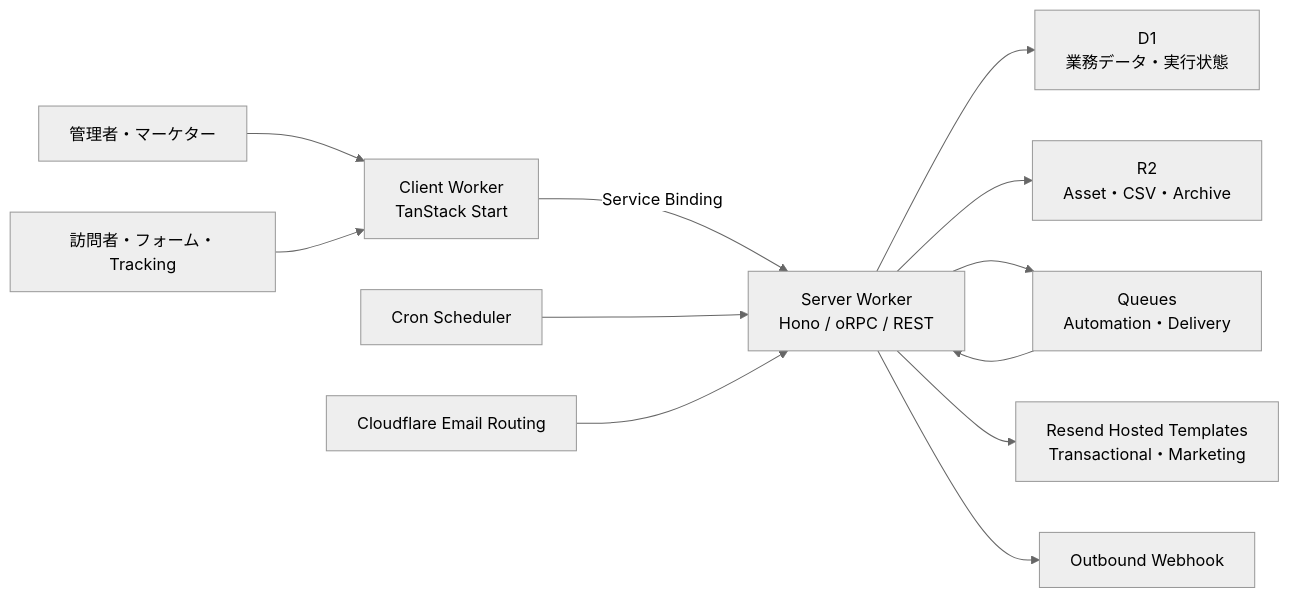
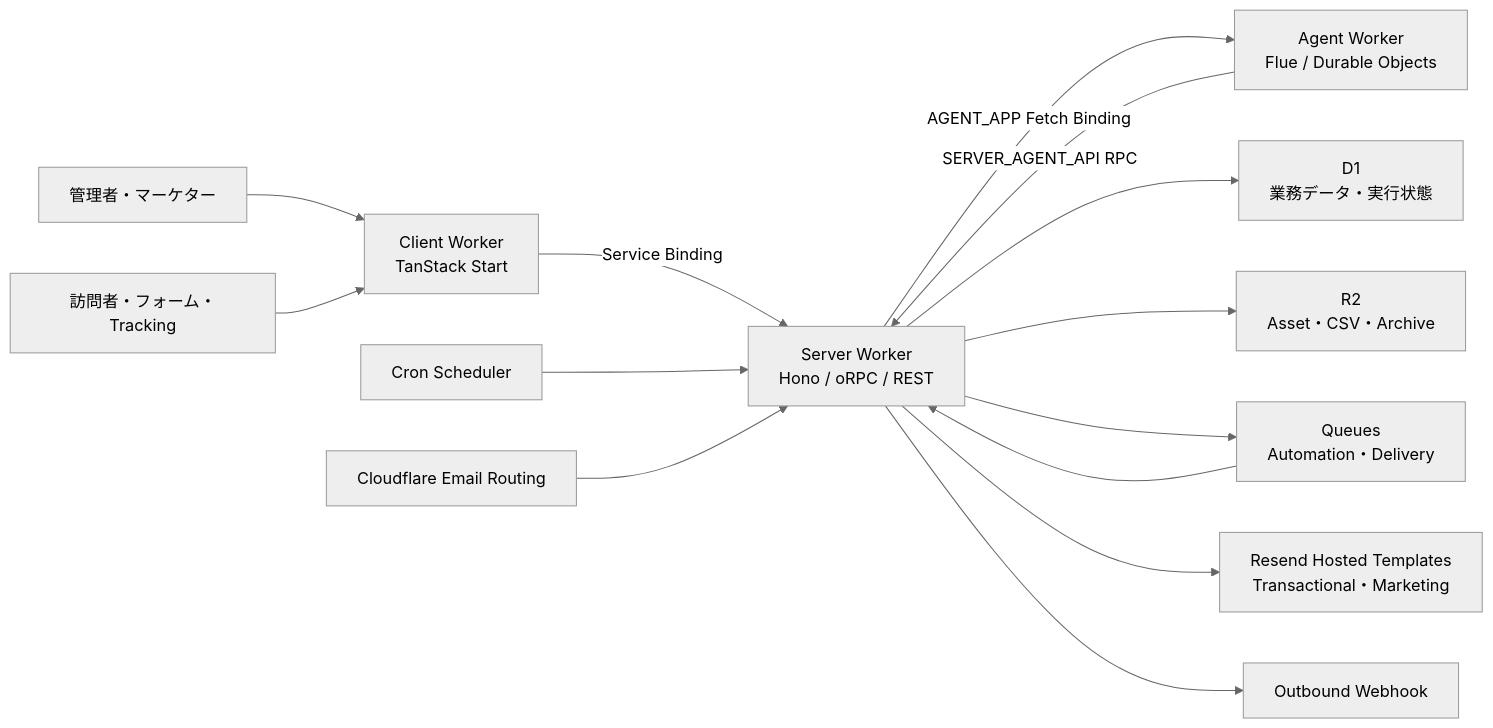
One commit to martech-oss/kaen-ma changed the diagram in README.md. Above: the diagram before and after it, drawn with Mermaid (neutral theme). The commit also changed other lines of this file and 207 other files, not shown here.

````diff
--- a/README.md
+++ b/README.md
@@ -39,14 +39,16 @@
 ```mermaid
 flowchart LR
     A["管理者・マーケター"] --> C["Client Worker<br>TanStack Start"]
     V["訪問者・フォーム・Tracking"] --> C
     C -->|"Service Binding"| S["Server Worker<br>Hono / oRPC / REST"]
+    S -->|"AGENT_APP Fetch Binding"| AG["Agent Worker<br>Flue / Durable Objects"]
+    AG -->|"SERVER_AGENT_API RPC"| S
     CR["Cron Scheduler"] --> S
     S --> D["D1<br>業務データ・実行状態"]
     S --> R["R2<br>Asset・CSV・Archive"]
     S --> Q["Queues<br>Automation・Delivery"]
     Q --> S
     S --> RE["Resend Hosted Templates<br>Transactional・Marketing"]
     S --> WH["Outbound Webhook"]
     ER["Cloudflare Email Routing"] --> S
 ```
````
